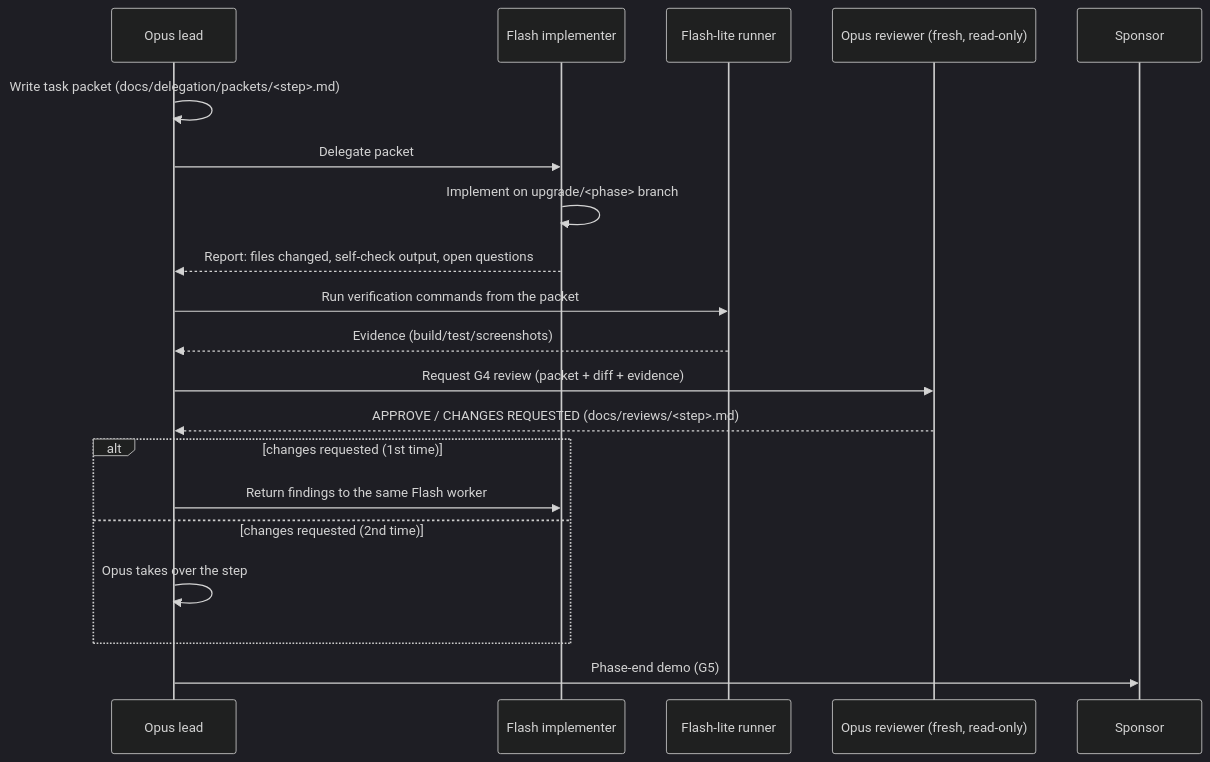
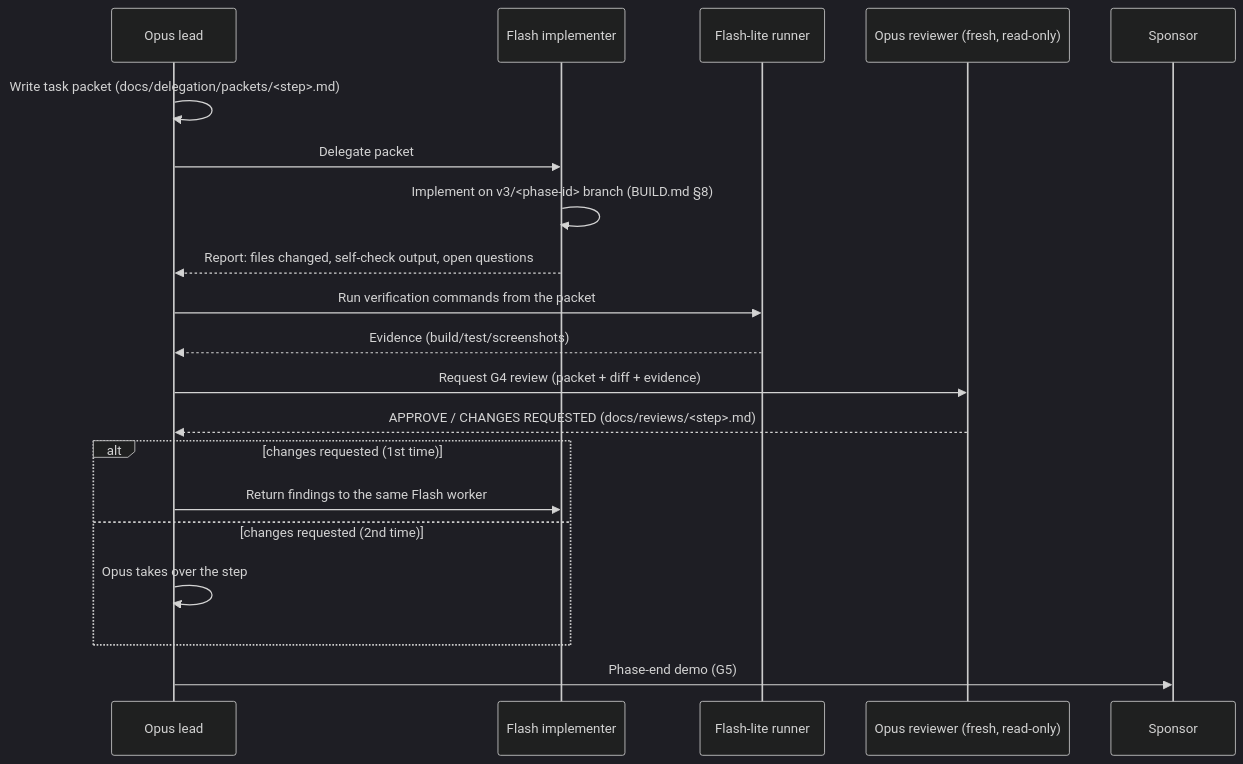
The second of 2 diagrams in DELEGATION.md (amandeepsinghs-cyber/HR-Finance-Agent-ONGC), drawn with Mermaid (dark theme) before and after one commit. The commit also changed other lines of this file and 136 other files, not shown here.

````diff
--- a/DELEGATION.md
+++ b/DELEGATION.md
@@ -41,22 +43,22 @@
 ```mermaid
 sequenceDiagram
   participant O as Opus lead
   participant F as Flash implementer
   participant FL as Flash-lite runner
   participant R as Opus reviewer (fresh, read-only)
   participant S as Sponsor
   O->>O: Write task packet (docs/delegation/packets/<step>.md)
   O->>F: Delegate packet
-  F->>F: Implement on upgrade/<phase> branch
+  F->>F: Implement on v3/<phase-id> branch (BUILD.md §8)
   F-->>O: Report: files changed, self-check output, open questions
   O->>FL: Run verification commands from the packet
   FL-->>O: Evidence (build/test/screenshots)
   O->>R: Request G4 review (packet + diff + evidence)
   R-->>O: APPROVE / CHANGES REQUESTED (docs/reviews/<step>.md)
   alt changes requested (1st time)
     O->>F: Return findings to the same Flash worker
   else changes requested (2nd time)
     O->>O: Opus takes over the step
   end
   O->>S: Phase-end demo (G5)
 ```
````
